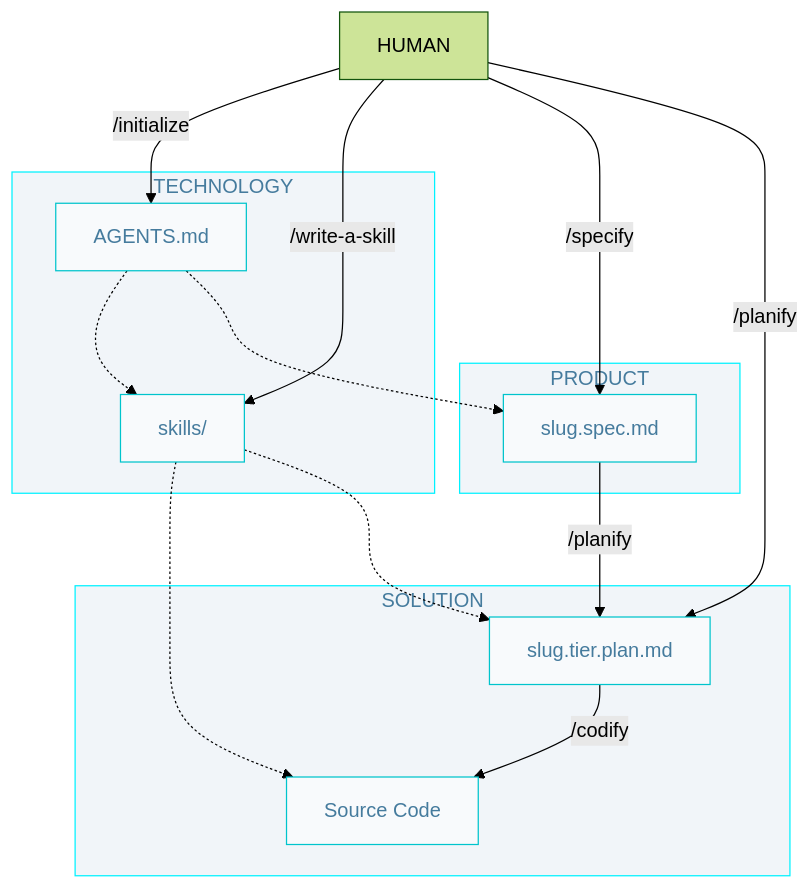
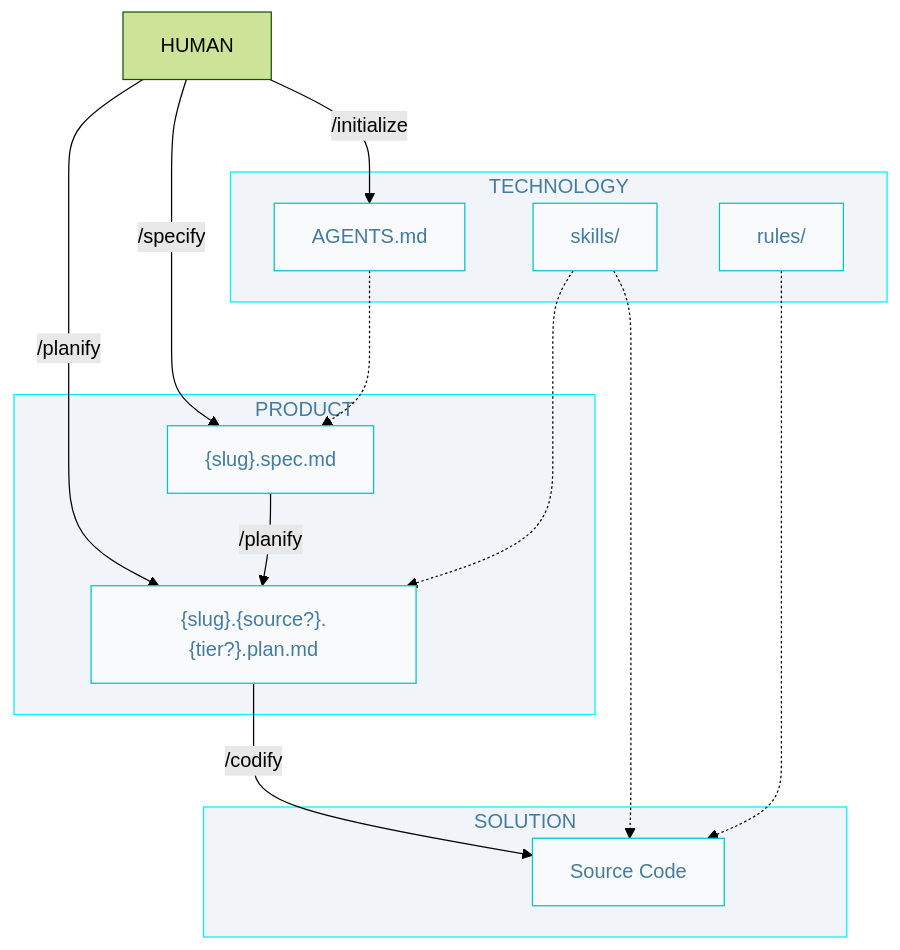
The diagram in docs/3-0-0-especificaciones_y_planes/demo/3-sdd-diagram.md (AlbertoBasaloLabs/programacion-inteligente), drawn with Mermaid (forest theme) before and after one commit. The commit also changed other lines of this file and 9 other files, not shown here.

````diff
--- a/docs/3-0-0-especificaciones_y_planes/demo/3-sdd-diagram.md
+++ b/docs/3-0-0-especificaciones_y_planes/demo/3-sdd-diagram.md
@@ -3,34 +3,33 @@
 ```mermaid
 flowchart TD
   classDef nd fill:#f8fafc,stroke:#00c4cc,color:#457b9d
   classDef sg fill:#f1f5f9,stroke:#00f2ff,color:#457b9d 
 
   HUM[HUMAN]
 
   subgraph P["PRODUCT"]
-      SPC["slug.spec.md"]:::nd
+      SPC["{slug}.spec.md"]:::nd
+      PLN["{slug}.{source?}.{tier?}.plan.md"]:::nd
   end
 
   subgraph T["TECHNOLOGY"]
       AGT["AGENTS.md"]:::nd
       SKL["skills/"]:::nd
+      RUL["rules/"]:::nd
   end  
 
   subgraph S["SOLUTION"]
-      PLN["slug.tier.plan.md"]:::nd
       COD[Source Code]:::nd
   end
 
   HUM -->|/initialize| AGT
-  HUM -->|/write-a-skill| SKL
   HUM -->|/specify| SPC
   HUM -->|/planify| PLN
-  AGT -.-> SKL
-  AGT -.-> SPC
-  SKL -.-> COD  
+  AGT -.-> SPC  
+  SKL & RUL -.-> COD  
   SKL -.-> PLN
   SPC -->|/planify| PLN
   PLN -->|/codify| COD
 
   class P,T,S sg
 ```
````
